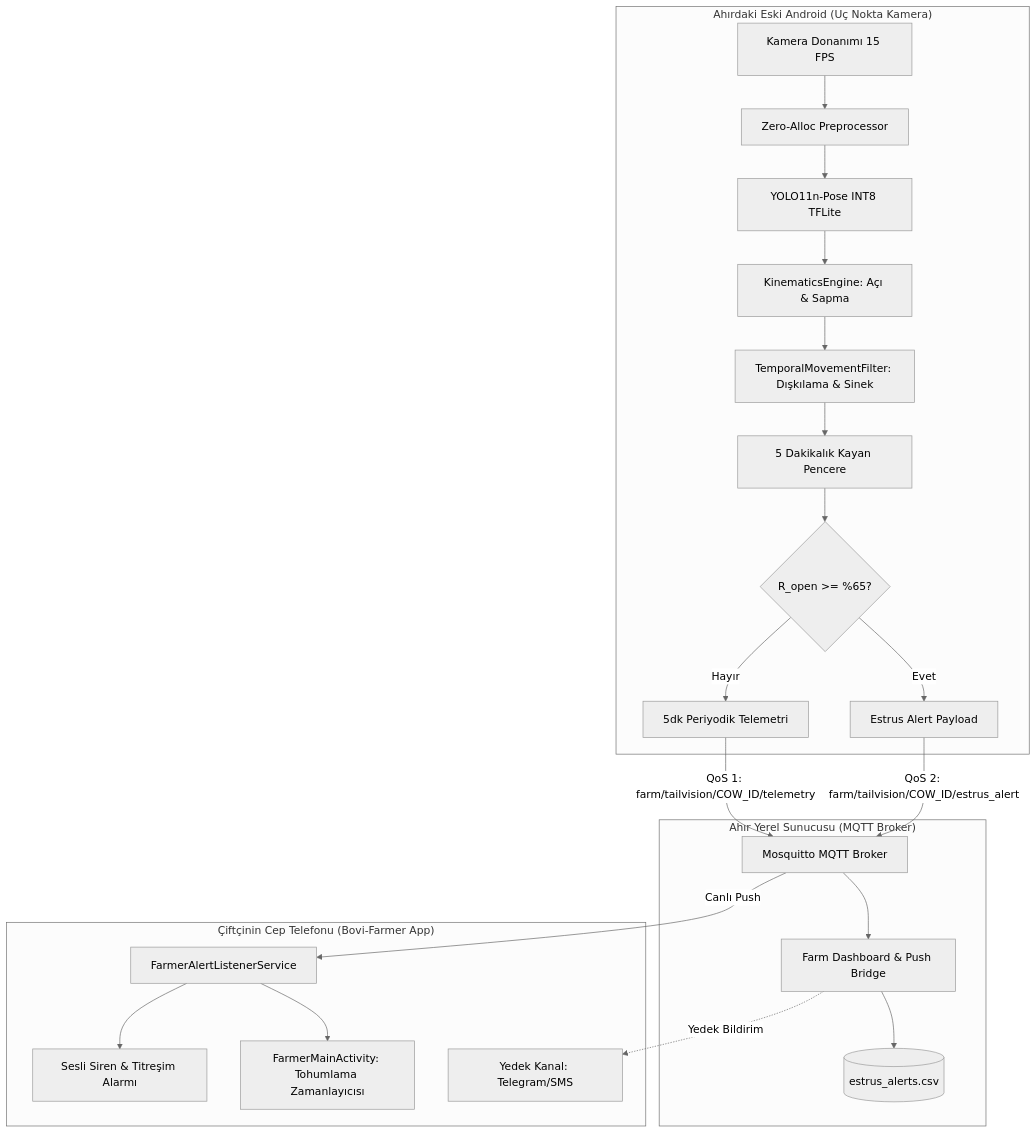
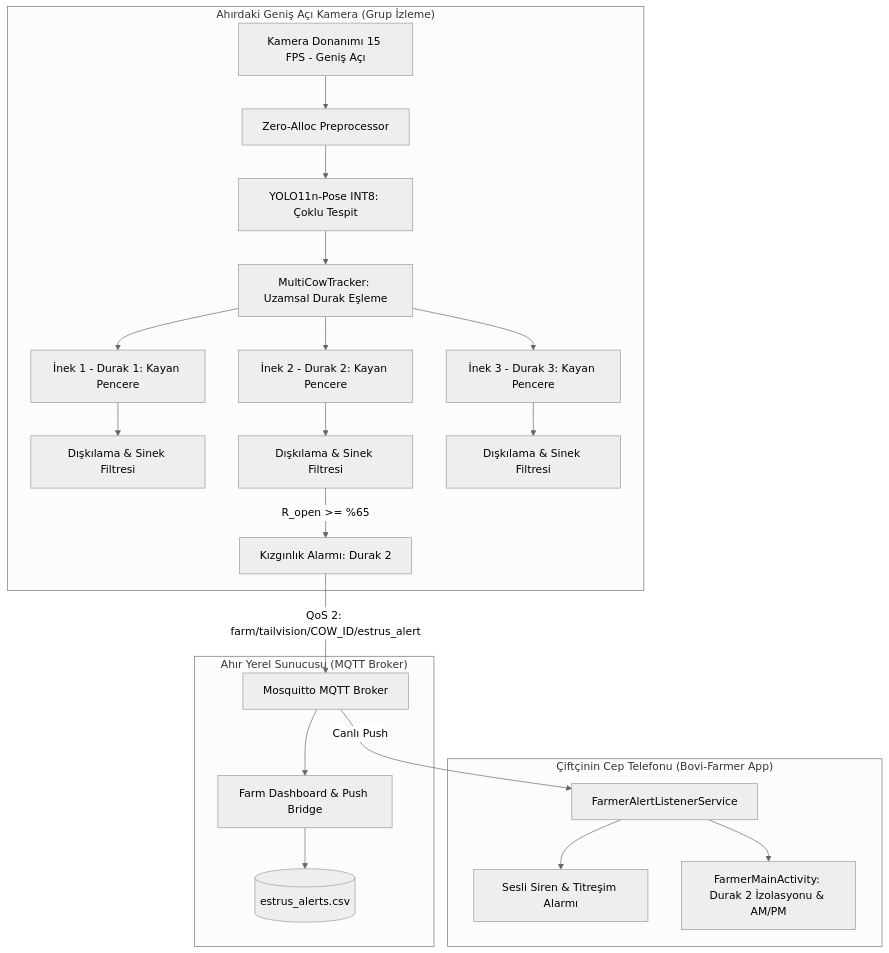
Before and after one commit to mserman90/bovi-tailvision: the diagram in docs/ARCHITECTURE.md, drawn with Mermaid (neutral theme). The commit also changed other lines of this file and 8 other files, not shown here.

Commit message:
feat: Add multi-cow group tracking system, spatial stall slotting and panoramic demo

````diff
--- a/docs/ARCHITECTURE.md
+++ b/docs/ARCHITECTURE.md
@@ -9,36 +9,37 @@
 ```mermaid
 flowchart TD
-    subgraph EdgeDevice ["Ahırdaki Eski Android (Uç Nokta Kamera)"]
-        Cam[Kamera Donanımı 15 FPS] --> Pre[Zero-Alloc Preprocessor]
-        Pre --> TFLite[YOLO11n-Pose INT8 TFLite]
-        TFLite --> Kine[KinematicsEngine: Açı & Sapma]
-        Kine --> Filter[TemporalMovementFilter: Dışkılama & Sinek]
-        Filter --> Win[5 Dakikalık Kayan Pencere]
-        Win --> Decision{R_open >= %65?}
-        Decision -- Evet --> Alert[Estrus Alert Payload]
-        Decision -- Hayır --> Telemetry[5dk Periyodik Telemetri]
+    subgraph EdgeDevice ["Ahırdaki Geniş Açı Kamera (Grup İzleme)"]
+        Cam[Kamera Donanımı 15 FPS - Geniş Açı] --> Pre[Zero-Alloc Preprocessor]
+        Pre --> TFLite[YOLO11n-Pose INT8: Çoklu Tespit]
+        TFLite --> MOT[MultiCowTracker: Uzamsal Durak Eşleme]
+        
+        MOT --> Cow1[İnek 1 - Durak 1: Kayan Pencere]
+        MOT --> Cow2[İnek 2 - Durak 2: Kayan Pencere]
+        MOT --> Cow3[İnek 3 - Durak 3: Kayan Pencere]
+        
+        Cow1 --> Filter1[Dışkılama & Sinek Filtresi]
+        Cow2 --> Filter2[Dışkılama & Sinek Filtresi]
+        Cow3 --> Filter3[Dışkılama & Sinek Filtresi]
+
+        Filter2 -- R_open >= %65 --> Alert[Kızgınlık Alarmı: Durak 2]
     end
 
     subgraph FarmServer ["Ahır Yerel Sunucusu (MQTT Broker)"]
         Broker[Mosquitto MQTT Broker]
         Bridge[Farm Dashboard & Push Bridge]
         DB[(estrus_alerts.csv)]
     end
 
     subgraph FarmerMobile ["Çiftçinin Cep Telefonu (Bovi-Farmer App)"]
         Listener[FarmerAlertListenerService]
         Siren[Sesli Siren & Titreşim Alarmı]
-        UI[FarmerMainActivity: Tohumlama Zamanlayıcısı]
-        Telegram[Yedek Kanal: Telegram/SMS]
+        UI[FarmerMainActivity: Durak 2 İzolasyonu & AM/PM]
     end
 
     Alert -->|QoS 2: farm/tailvision/COW_ID/estrus_alert| Broker
-    Telemetry -->|QoS 1: farm/tailvision/COW_ID/telemetry| Broker
     Broker --> Bridge
     Bridge --> DB
-    Bridge -.->|Yedek Bildirim| Telegram
-
     Broker -->|Canlı Push| Listener
     Listener --> Siren
     Listener --> UI
 ```
````
